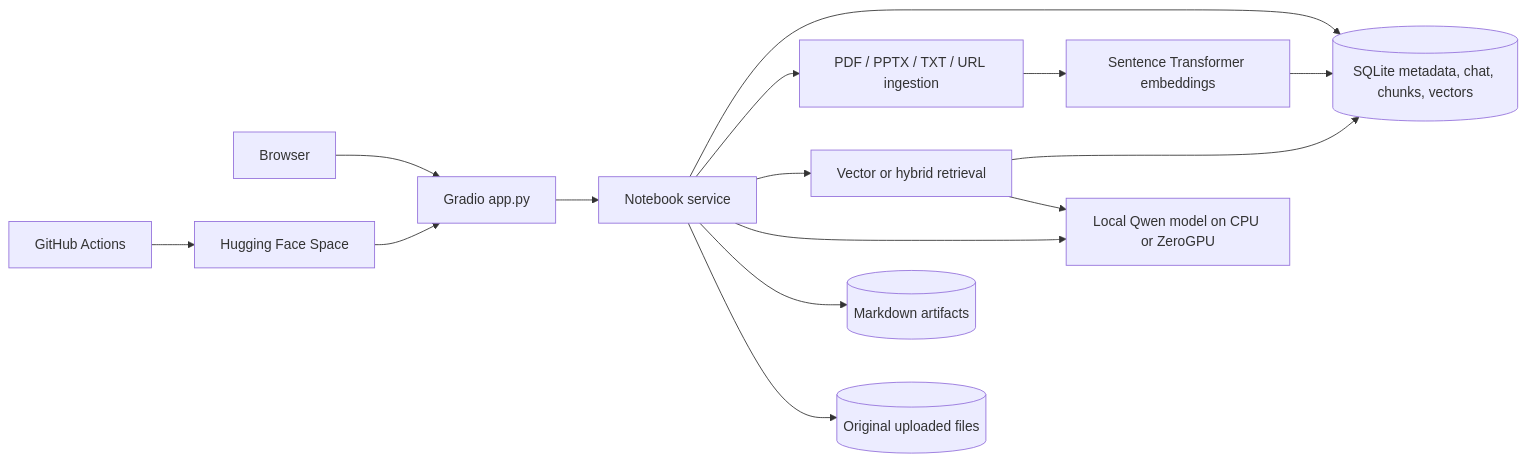
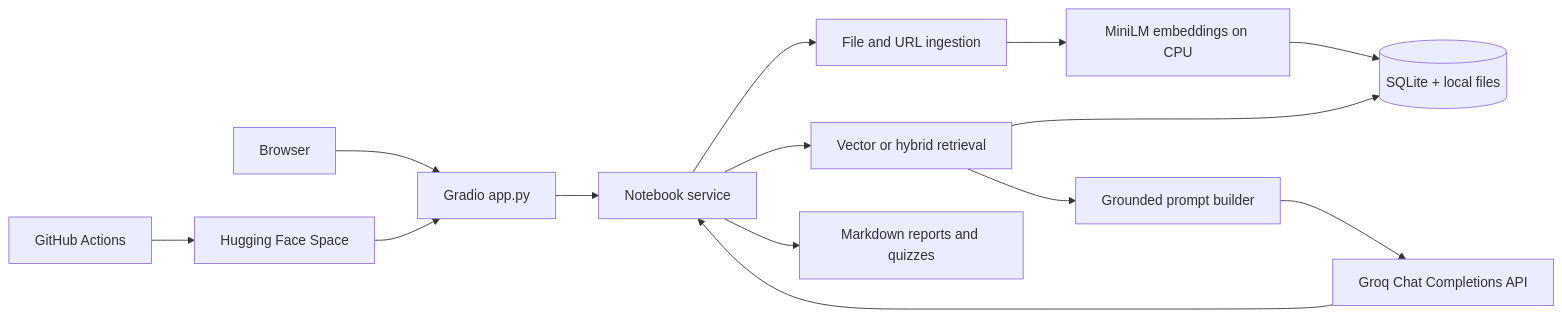
Before and after one commit to PrachiPatel556/ITCS_5010_NotebookLM: the diagram in ARCHITECTURE.md, drawn with Mermaid. The commit also changed other lines of this file and 14 other files, not shown here.

````diff
--- a/ARCHITECTURE.md
+++ b/ARCHITECTURE.md
@@ -3,17 +5,16 @@
 ```mermaid
 flowchart LR
     User[Browser] --> UI[Gradio app.py]
     UI --> Service[Notebook service]
-    Service --> Store[(SQLite metadata, chat, chunks, vectors)]
-    Service --> Ingest[PDF / PPTX / TXT / URL ingestion]
-    Ingest --> Embed[Sentence Transformer embeddings]
-    Embed --> Store
+    Service --> Ingest[File and URL ingestion]
+    Ingest --> Embed[MiniLM embeddings on CPU]
+    Embed --> Store[(SQLite + local files)]
     Service --> Retrieve[Vector or hybrid retrieval]
     Retrieve --> Store
-    Retrieve --> LLM[Local Qwen model on CPU or ZeroGPU]
-    Service --> LLM
-    Service --> Files[(Markdown artifacts)]
-    Service --> Originals[(Original uploaded files)]
+    Retrieve --> Prompt[Grounded prompt builder]
+    Prompt --> Groq[Groq Chat Completions API]
+    Groq --> Service
+    Service --> Artifacts[Markdown reports and quizzes]
     Actions[GitHub Actions] --> Space[Hugging Face Space]
     Space --> UI
 ```
````
